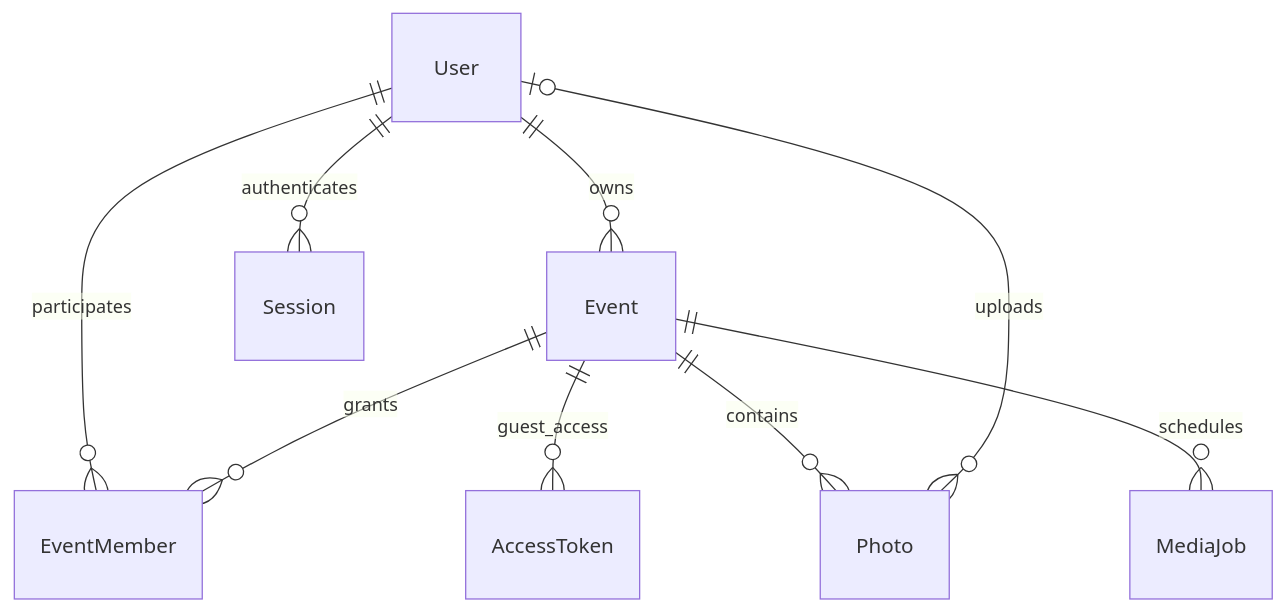
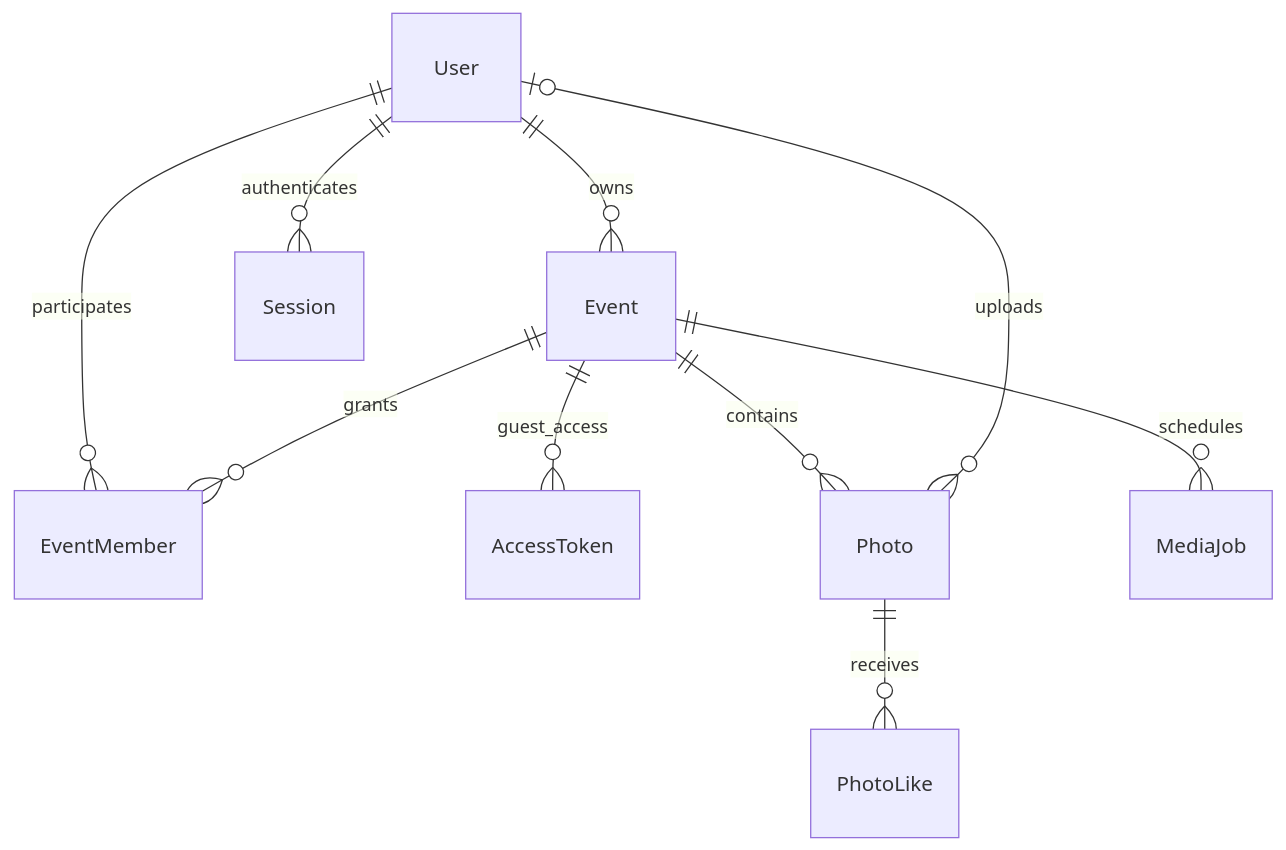
The diagram in docs/architecture.md (issatayyyy/partyphoto), drawn with Mermaid before and after one commit. The commit also changed other lines of this file and 30 other files, not shown here.

````diff
--- a/docs/architecture.md
+++ b/docs/architecture.md
@@ -8,11 +8,12 @@
 ```mermaid
 erDiagram
   User ||--o{ Event : owns
   User ||--o{ EventMember : participates
   Event ||--o{ EventMember : grants
   User ||--o{ Session : authenticates
   Event ||--o{ AccessToken : guest_access
   Event ||--o{ Photo : contains
+  Photo ||--o{ PhotoLike : receives
   User o|--o{ Photo : uploads
   Event ||--o{ MediaJob : schedules
 ```
````
